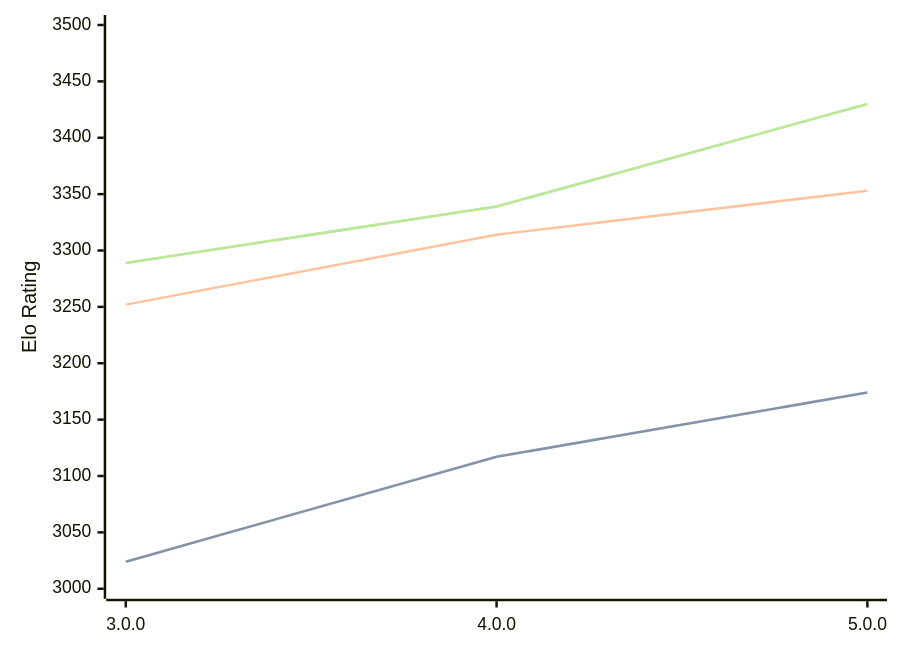
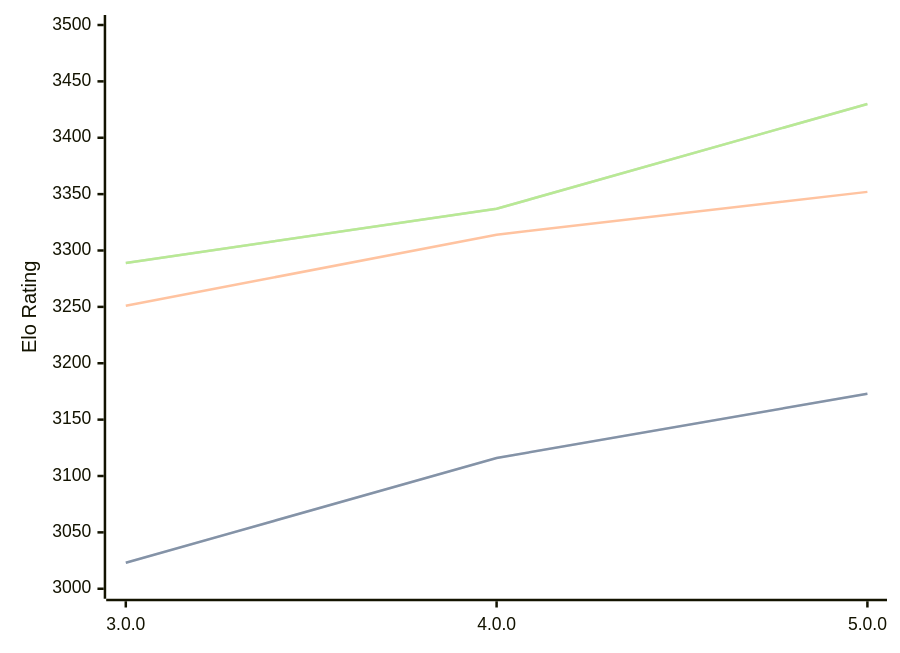
One commit to computer-chess-index/cci changed the diagram in engines/Minke.md. Above: the diagram before and after it, drawn with Mermaid. The commit also changed other lines of this file, not shown here.

Commit message:
Update CCI Ratings (ELO VLTC) - 2026-03-07

````diff
--- a/engines/Minke.md
+++ b/engines/Minke.md
@@ -33,11 +33,11 @@
 ```mermaid
 %%{init: {"theme":"base","themeVariables":{"seriesColors:['#a3a3a3','#222221','#faa371']}}}%%
 xychart-beta
   x-axis ["3.0.0", "4.0.0", "5.0.0"]
   y-axis "Elo Rating" 3000 --> 3500
-  line "STC (8.0+0.08s)" [3024, 3117, 3174]
-  line "STC (8.0+0.08s)" [3024, 3117, 3174]
-  line "LTC (60.0+0.60s)" [3252, 3314, 3353]
-  line "VLTC (2m24s+1.12s)" [3289, 3339, 3430]
-  line "VLTC (2m24s+1.12s)" [3289, 3339, 3430]
+  line "STC (8.0+0.08s)" [3023, 3116, 3173]
+  line "STC (8.0+0.08s)" [3023, 3116, 3173]
+  line "LTC (60.0+0.60s)" [3251, 3314, 3352]
+  line "VLTC (2m24s+1.12s)" [3289, 3337, 3430]
+  line "VLTC (2m24s+1.12s)" [3289, 3337, 3430]
 ```
````
